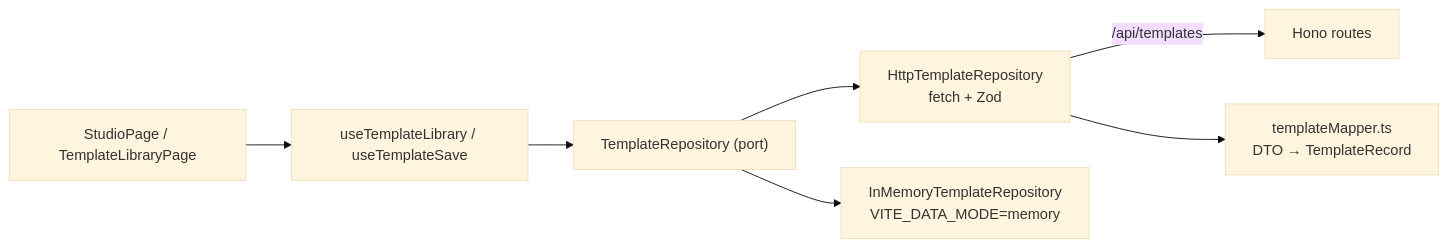
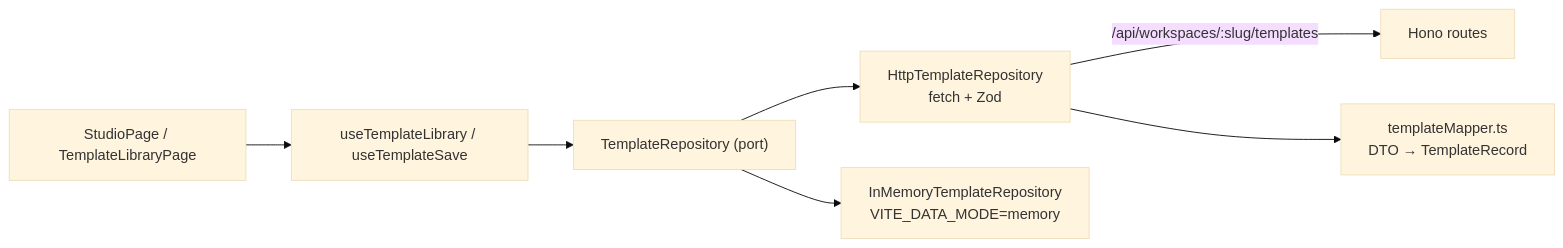
The ninth of 9 diagrams in docs/ARCHITECTURE.md (swarm-work/email-template-studio), drawn with Mermaid (base theme) before and after one commit. The commit also changed other lines of this file and 64 other files, not shown here.

````diff
--- a/docs/ARCHITECTURE.md
+++ b/docs/ARCHITECTURE.md
@@ -248,9 +283,9 @@
 ```mermaid
 flowchart LR
   UI["StudioPage / TemplateLibraryPage"] --> H["useTemplateLibrary / useTemplateSave"]
   H --> P["TemplateRepository (port)"]
   P --> HTTP["HttpTemplateRepository<br/>fetch + Zod"]
   P --> MEM["InMemoryTemplateRepository<br/>VITE_DATA_MODE=memory"]
-  HTTP -->|"/api/templates"| API["Hono routes"]
+  HTTP -->|"/api/workspaces/:slug/templates"| API["Hono routes"]
   HTTP --> MAP["templateMapper.ts<br/>DTO → TemplateRecord"]
 ```
````
